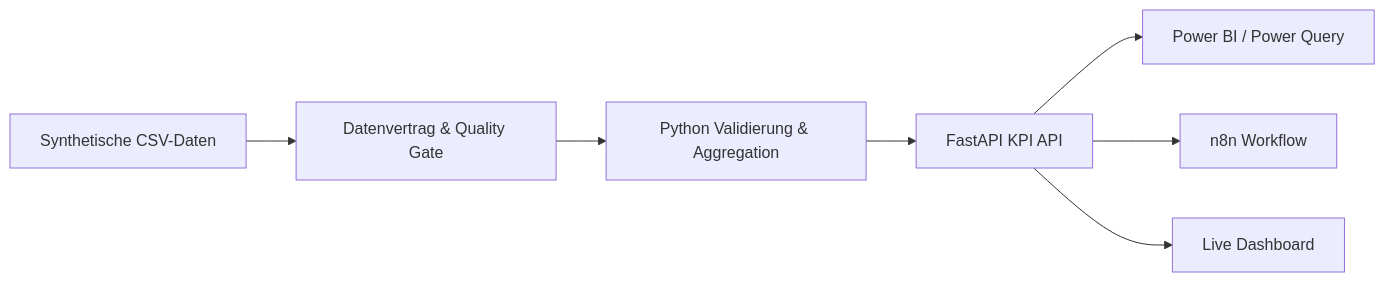
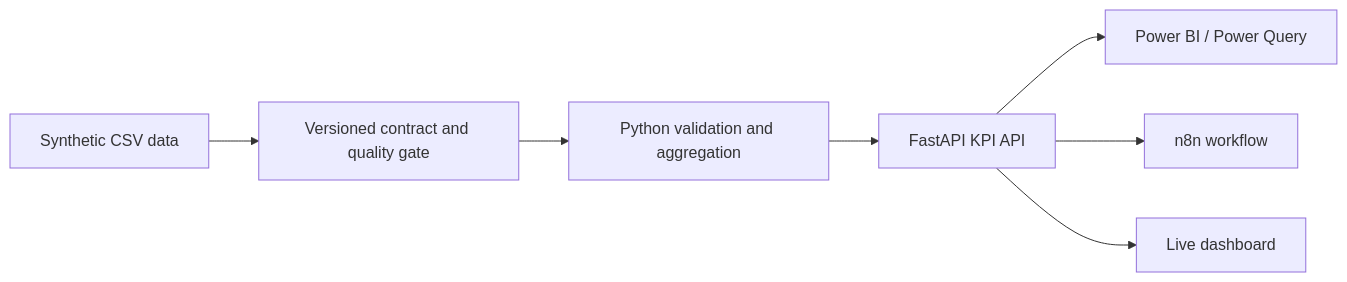
Before and after one commit to leonwwest/operations-kpi-automation-demo: the diagram in README.md, drawn with Mermaid. The commit also changed other lines of this file, not shown here.

Commit message:
docs: sharpen data quality portfolio story (#9)

````diff
--- a/README.md
+++ b/README.md
@@ -57,9 +36,9 @@
 ```mermaid
 flowchart LR
-    CSV["Synthetische CSV-Daten"] --> CONTRACT["Datenvertrag & Quality Gate"]
-    CONTRACT --> PY["Python Validierung & Aggregation"]
+    CSV["Synthetic CSV data"] --> CONTRACT["Versioned contract and quality gate"]
+    CONTRACT --> PY["Python validation and aggregation"]
     PY --> API["FastAPI KPI API"]
     API --> BI["Power BI / Power Query"]
-    API --> N8N["n8n Workflow"]
-    API --> WEB["Live Dashboard"]
+    API --> N8N["n8n workflow"]
+    API --> WEB["Live dashboard"]
 ```
````
